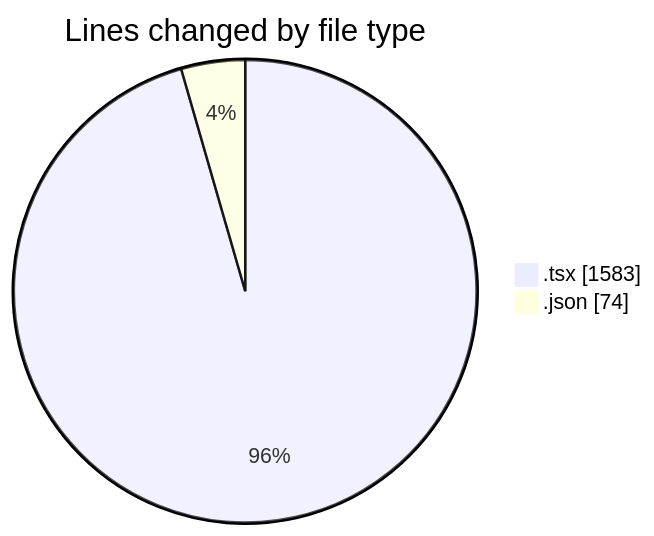
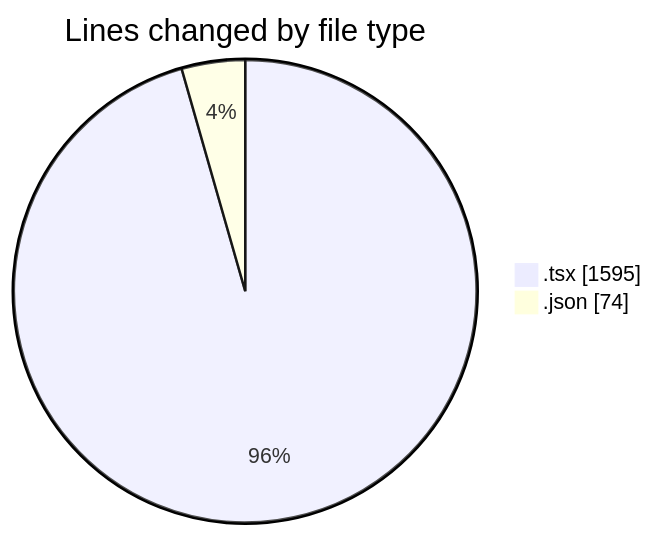
One commit to momahboobian/code-tracking changed the first of 2 diagrams in 2025-04-08/cda/README.md. Above: the diagram before and after it, drawn with Mermaid. The commit also changed other lines of this file and 1 other file, not shown here.

````diff
--- a/2025-04-08/cda/README.md
+++ b/2025-04-08/cda/README.md
@@ -22,6 +22,6 @@
 ```mermaid
 pie showData
 title Lines changed by file type
-".tsx" : 1583
+".tsx" : 1595
 ".json" : 74
 ```
````
